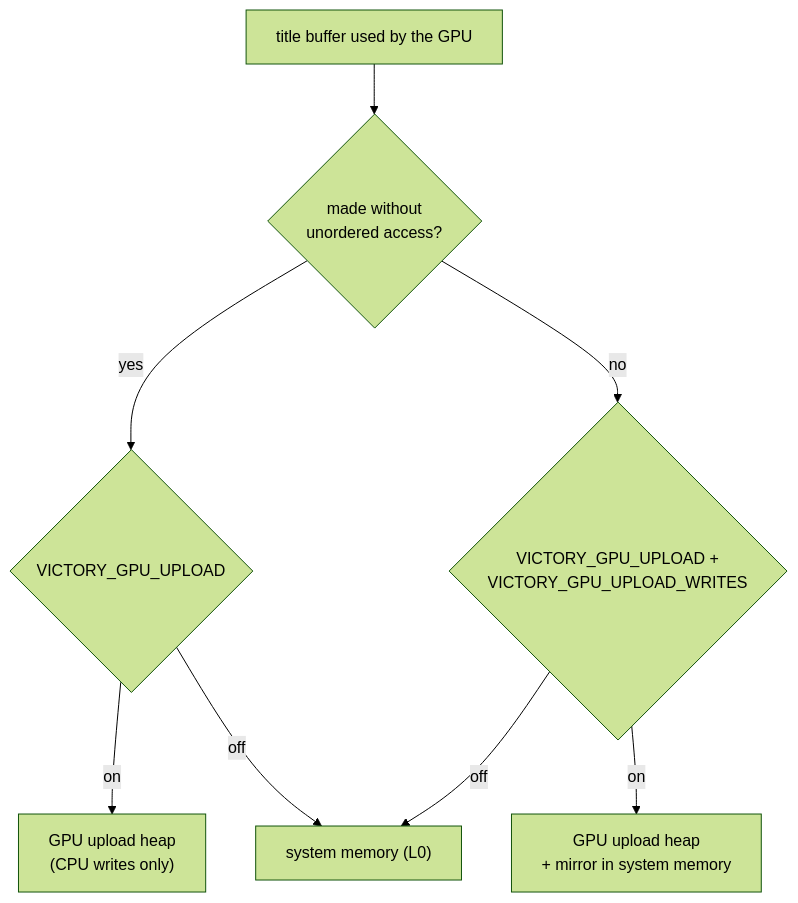
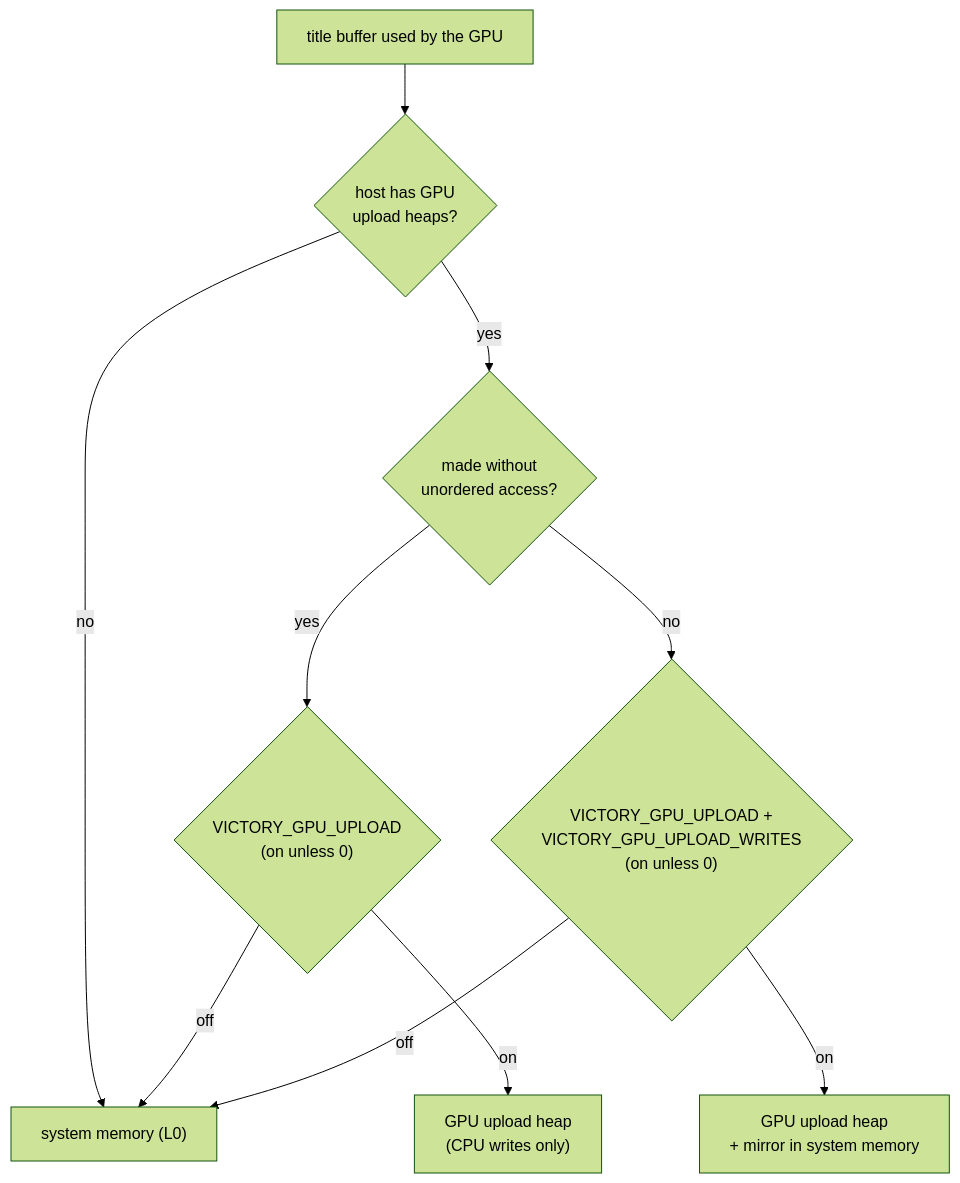
The fourth of 7 diagrams in docs/gpu-memory.md (0xkn0wh3r3/VIctory), drawn with Mermaid (forest theme) before and after one commit. The commit also changed other lines of this file and 5 other files, not shown here.

````diff
--- a/docs/gpu-memory.md
+++ b/docs/gpu-memory.md
@@ -121,10 +129,14 @@
 ```mermaid
 flowchart TD
-  B[title buffer used by the GPU] --> RO{"made without<br/>unordered access?"}
-  RO -- yes --> U1{VICTORY_GPU_UPLOAD}
+  B[title buffer used by the GPU]
+  RO{"made without<br/>unordered access?"}
+  B --> H{"host has GPU<br/>upload heaps?"}
+  H -- no --> SM["system memory (L0)"]
+  H -- yes --> RO
+  RO -- yes --> U1{"VICTORY_GPU_UPLOAD<br/>(on unless 0)"}
   U1 -- on --> UH["GPU upload heap<br/>(CPU writes only)"]
-  U1 -- off --> SM["system memory (L0)"]
-  RO -- no --> U2{"VICTORY_GPU_UPLOAD +<br/>VICTORY_GPU_UPLOAD_WRITES"}
+  U1 -- off --> SM
+  RO -- no --> U2{"VICTORY_GPU_UPLOAD +<br/>VICTORY_GPU_UPLOAD_WRITES<br/>(on unless 0)"}
   U2 -- on --> VM["GPU upload heap<br/>+ mirror in system memory"]
   U2 -- off --> SM
 ```
````
